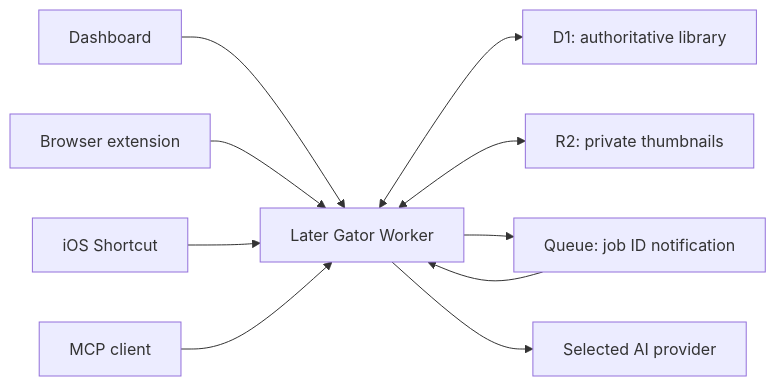
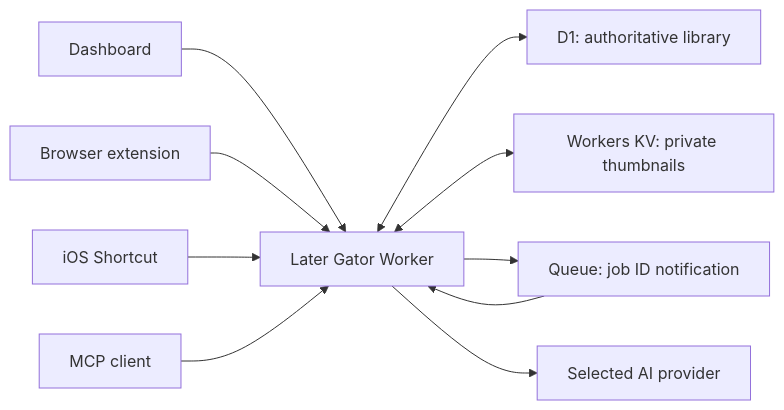
The first of 3 diagrams in docs/later-gator-developer-guide-v2.md (vishvak1/later-gator), drawn with Mermaid before and after one commit. The commit also changed other lines of this file and 14 other files, not shown here.

````diff
--- a/docs/later-gator-developer-guide-v2.md
+++ b/docs/later-gator-developer-guide-v2.md
@@ -18,12 +18,12 @@
 ```mermaid
 flowchart LR
     UI["Dashboard"] --> W["Later Gator Worker"]
     EXT["Browser extension"] --> W
     IOS["iOS Shortcut"] --> W
     MCP["MCP client"] --> W
     W <--> D1["D1: authoritative library"]
-    W <--> R2["R2: private thumbnails"]
+    W <--> KV["Workers KV: private thumbnails"]
     W --> Q["Queue: job ID notification"]
     Q --> W
     W --> AI["Selected AI provider"]
 ```
````
